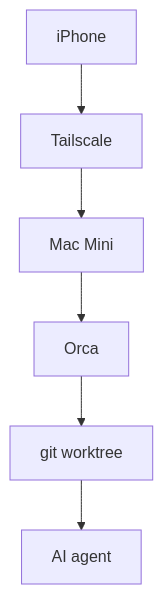
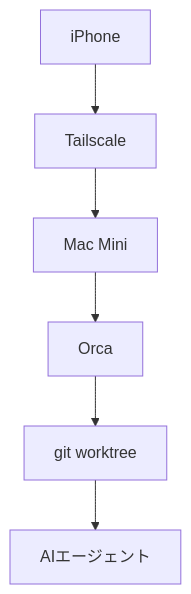
One commit to Daisuke134/anicca changed the diagram in docs/articles/2026-07-20-orca-phone-coding-jp.md. Above: the diagram before and after it, drawn with Mermaid. The commit also changed other lines of this file and 5 other files, not shown here.

````diff
--- a/docs/articles/2026-07-20-orca-phone-coding-jp.md
+++ b/docs/articles/2026-07-20-orca-phone-coding-jp.md
@@ -34,8 +38,8 @@
 ```mermaid
 flowchart TD
     A[iPhone] --> B[Tailscale]
     B --> C[Mac Mini]
     C --> D[Orca]
     D --> E[git worktree]
-    E --> F[AI agent]
+    E --> F[AIエージェント]
 ```
````
